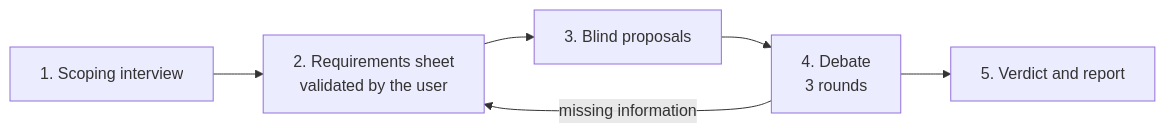
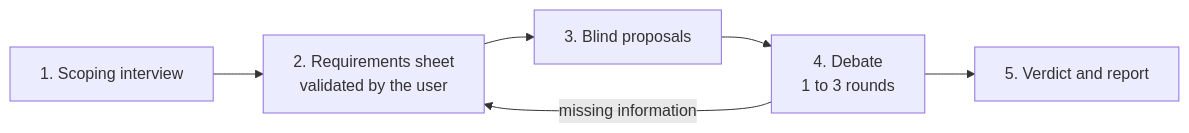
The first of 2 diagrams in README.md (quorumind/quorumind), drawn with Mermaid before and after one commit. The commit also changed other lines of this file, not shown here.

````diff
--- a/README.md
+++ b/README.md
@@ -147,8 +152,8 @@
 ```mermaid
 flowchart LR
     A[1. Scoping interview] --> B[2. Requirements sheet<br/>validated by the user]
     B --> C[3. Blind proposals]
-    C --> D[4. Debate<br/>3 rounds]
+    C --> D[4. Debate<br/>1 to 3 rounds]
     D -- missing information --> B
     D --> E[5. Verdict and report]
 ```
````
